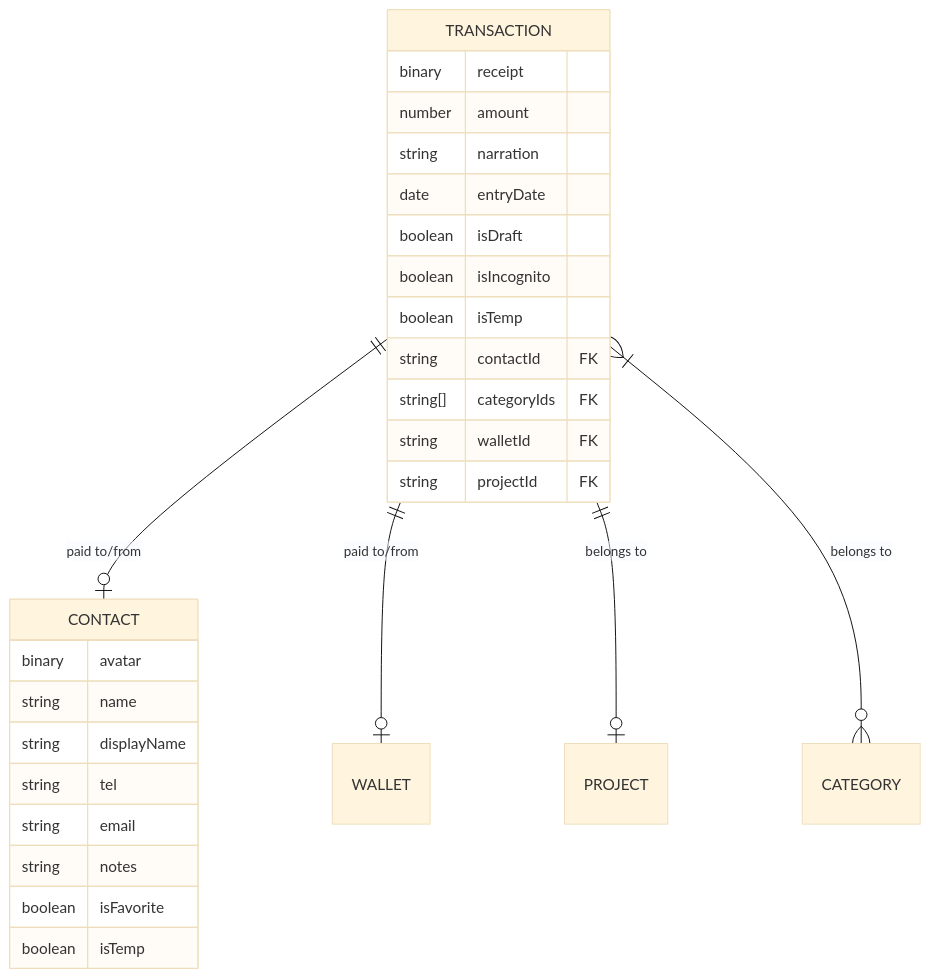
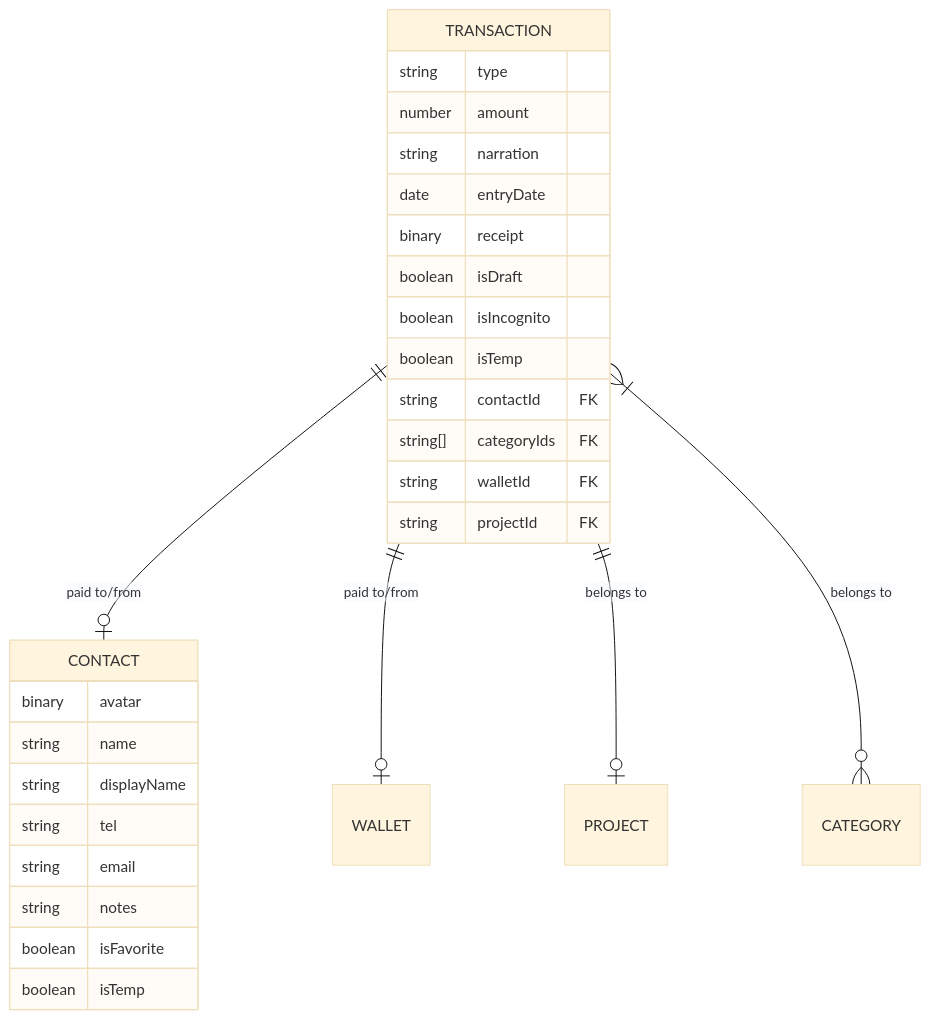
Before and after one commit to 2gbeh/fedora: the first of 2 diagrams in README.md, drawn with Mermaid (base theme). The commit also changed other lines of this file and 16 other files, not shown here.

````diff
--- a/README.md
+++ b/README.md
@@ -40,34 +40,35 @@
 ```mermaid
 erDiagram
    TRANSACTION {
-        binary receipt
+        string type
         number amount
         string narration
         date entryDate
+        binary receipt
         boolean isDraft
         boolean isIncognito
         boolean isTemp
 
         %% Foreign Keys (FK)
         string contactId FK
         string[] categoryIds FK
         string walletId FK
         string projectId FK
     }
 
    CONTACT {
         binary avatar
         string name
         string displayName
         string tel
         string email
         string notes
         boolean isFavorite
         boolean isTemp
     }
 
     TRANSACTION ||--o| CONTACT : "paid to/from"
     TRANSACTION ||--o| WALLET : "paid to/from"
     TRANSACTION ||--o| PROJECT : "belongs to"
     TRANSACTION }|--o{ CATEGORY : "belongs to"
 ```
````
